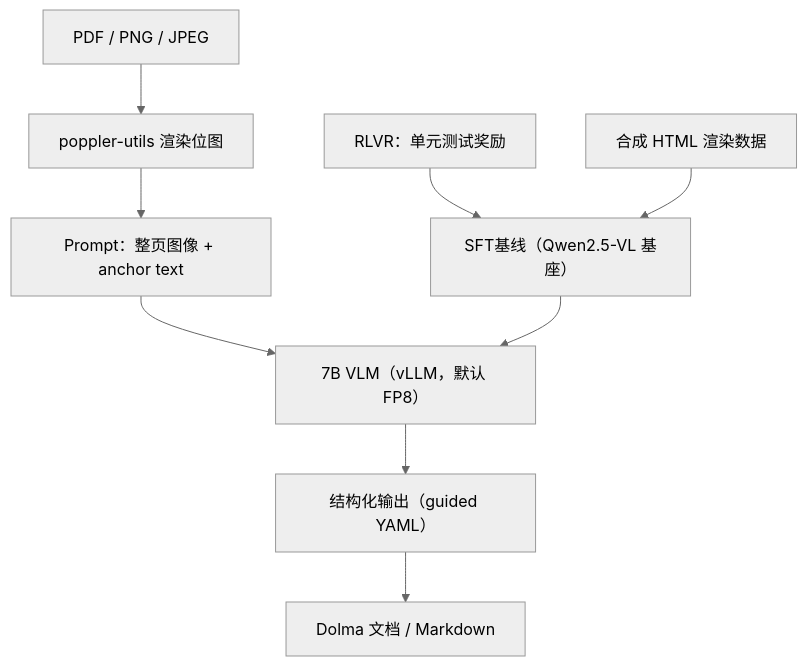
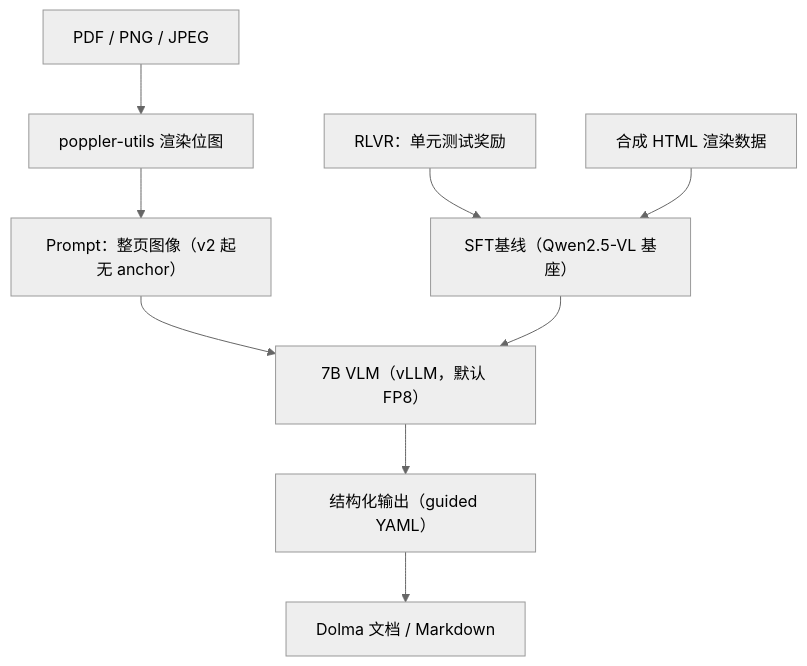
Before and after one commit to A1pha3/text-matrix: the diagram in content/posts/tech/allenai-olmocr-pdf-ocr-vlm-pipeline-guide.md, drawn with Mermaid (neutral theme). The commit also changed other lines of this file and 29 other files, not shown here.

````diff
--- a/content/posts/tech/allenai-olmocr-pdf-ocr-vlm-pipeline-guide.md
+++ b/content/posts/tech/allenai-olmocr-pdf-ocr-vlm-pipeline-guide.md
@@ -40,11 +40,11 @@
 ```mermaid
 flowchart TD
     A["PDF / PNG / JPEG"] --> B["poppler-utils 渲染位图"]
-    B --> C["Prompt：整页图像 + anchor text"]
+    B --> C["Prompt：整页图像（v2 起无 anchor）"]
     C --> D["7B VLM（vLLM，默认 FP8）"]
     D --> E["结构化输出（guided YAML）"]
     E --> F["Dolma 文档 / Markdown"]
     G["SFT基线（Qwen2.5-VL 基座）"] --> D
     H["RLVR：单元测试奖励"] --> G
     I["合成 HTML 渲染数据"] --> G
 ```
````
